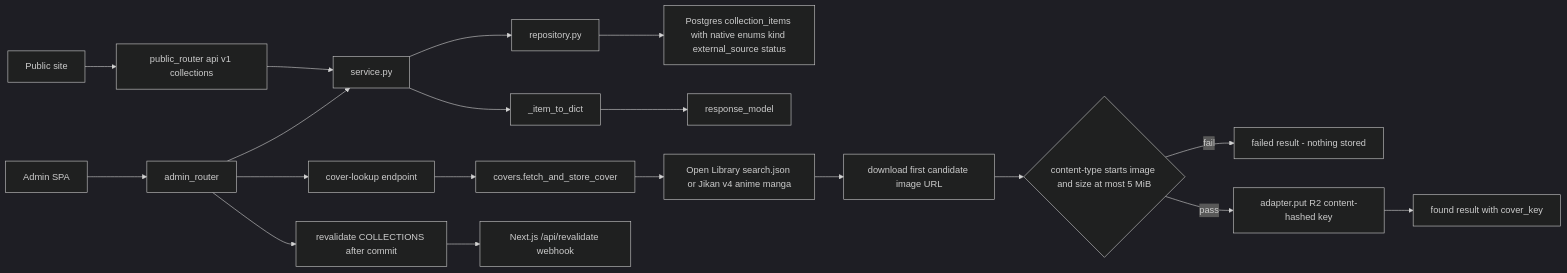
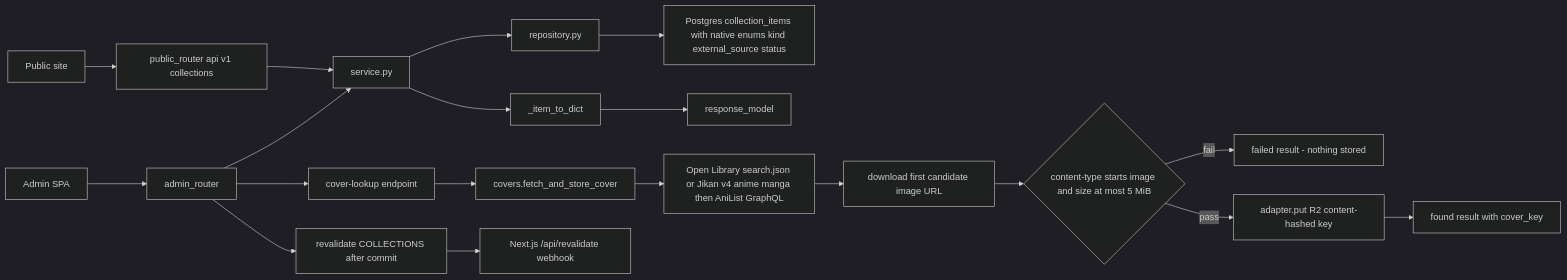
One commit to SIDDHESHCHAUDHARI2K24/portfolio-sid changed the first of 2 diagrams in docs/features/collections.md. Above: the diagram before and after it, drawn with Mermaid (dark theme). The commit also changed other lines of this file and 4 other files, not shown here.

Commit message:
feat(collections): AniList fallback for anime and manhwa covers (E03-W5)

````diff
--- a/docs/features/collections.md
+++ b/docs/features/collections.md
@@ -48,21 +56,21 @@
 ```mermaid
 flowchart LR
     AD[Admin SPA] --> RT[admin_router]
     PS[Public site] --> PR[public_router api v1 collections]
     RT --> SV[service.py]
     PR --> SV
     SV --> RP[repository.py]
     RP --> PG[Postgres collection_items with native enums kind external_source status]
     RT --> CL[cover-lookup endpoint]
     CL --> CO[covers.fetch_and_store_cover]
-    CO --> OL[Open Library search.json or Jikan v4 anime manga]
+    CO --> OL[Open Library search.json or Jikan v4 anime manga then AniList GraphQL]
     OL --> DL[download first candidate image URL]
     DL --> VA{content-type starts image and size at most 5 MiB}
     VA -- fail --> FR[failed result - nothing stored]
     VA -- pass --> ST[adapter.put R2 content-hashed key]
     ST --> RS[found result with cover_key]
     SV --> DC[_item_to_dict]
     DC --> RM[response_model]
     RT --> RV[revalidate COLLECTIONS after commit]
     RV --> NX[Next.js /api/revalidate webhook]
 ```
````
